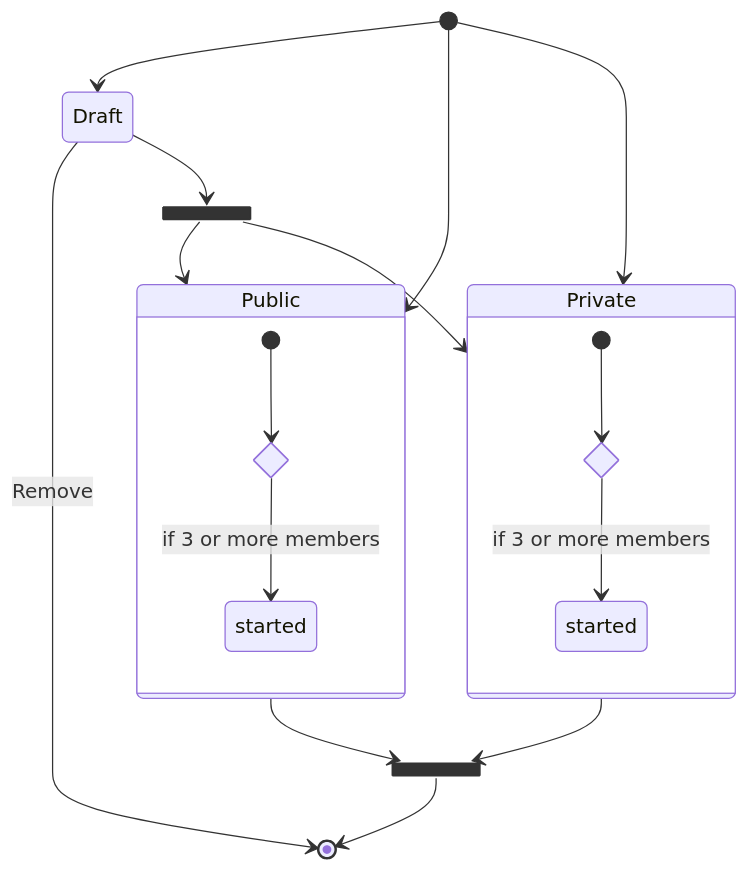
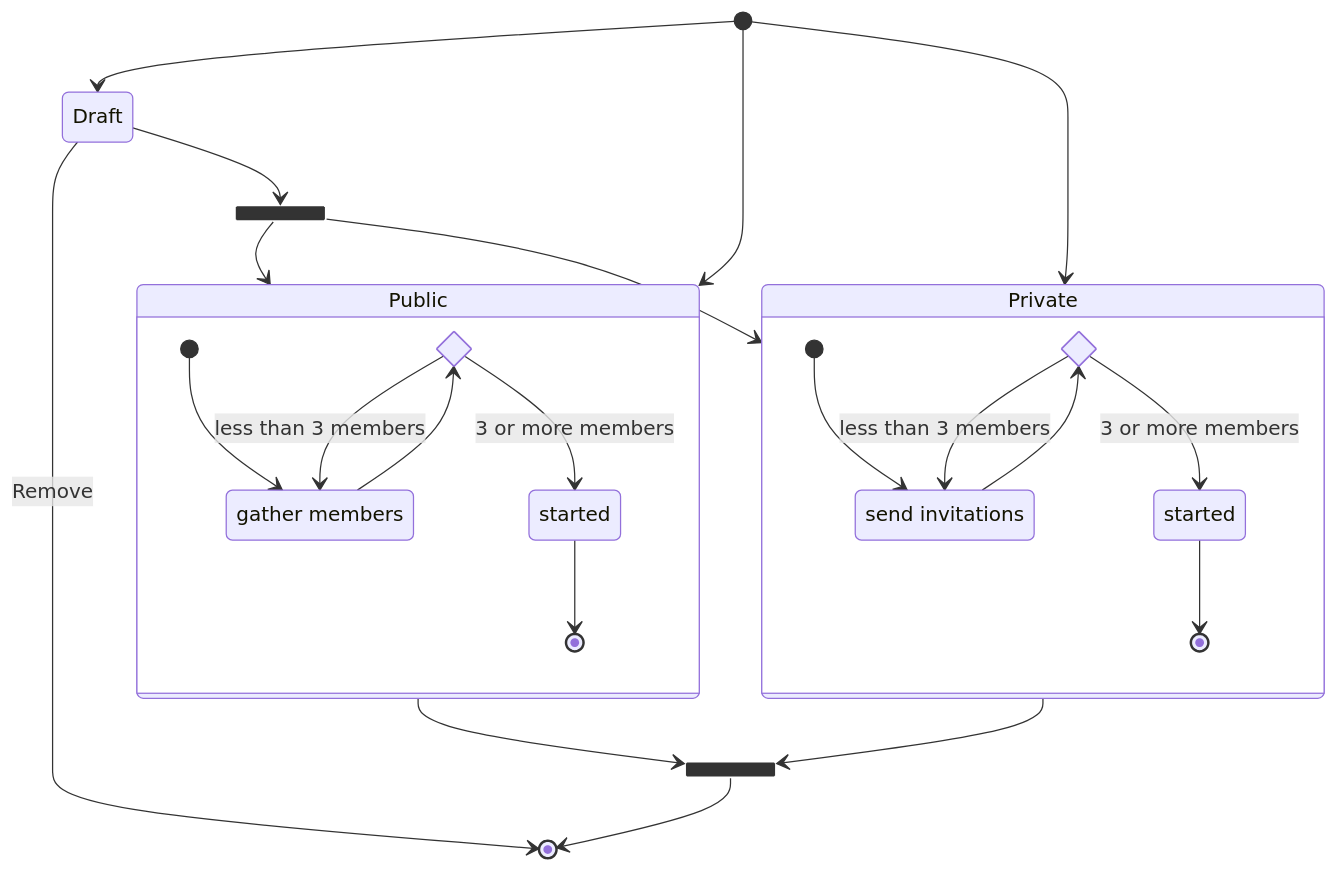
Before and after one commit to edu-python-course/giver-spec: the diagram in mermaid/campaign-life-cycle.mmd, drawn with Mermaid. The commit also changed 1 other file, not shown here.

Commit message:
Update campaign life cycle diagram (mermaid)

```diff
--- a/mermaid/campaign-life-cycle.mmd
+++ b/mermaid/campaign-life-cycle.mmd
@@ -1,32 +1,40 @@
 stateDiagram-v2
-    draft: Draft
 
     state Public {
         state start_condition_public <<choice>>
         state "started" as started_public
+        state "gather members" as members_public
 
-        [*] --> start_condition_public
-        start_condition_public --> started_public: if 3 or more members
+        [*] --> members_public
+        members_public --> start_condition_public
+        start_condition_public --> members_public: less than 3 members
+        start_condition_public --> started_public: 3 or more members
+        started_public --> [*]
     }
 
     state Private {
         state start_condition_private <<choice>>
         state "started" as started_private
-        [*] --> start_condition_private
-        start_condition_private --> started_private: if 3 or more members
+        state "send invitations" as members_private
+
+        [*] --> members_private
+        members_private --> start_condition_private
+        start_condition_private --> members_private: less than 3 members
+        start_condition_private --> started_private: 3 or more members
+        started_private --> [*]
     }
 
-    [*] --> draft
+    [*] --> Draft
     [*] --> Public
     [*] --> Private
-    draft --> [*]: Remove
+    Draft --> [*]: Remove
 
     state publish_campaign <<fork>>
-    draft --> publish_campaign
+    Draft --> publish_campaign
     publish_campaign --> Public
     publish_campaign --> Private
 
     state completed <<join>>
     Public --> completed
     Private --> completed
     completed --> [*]
```
